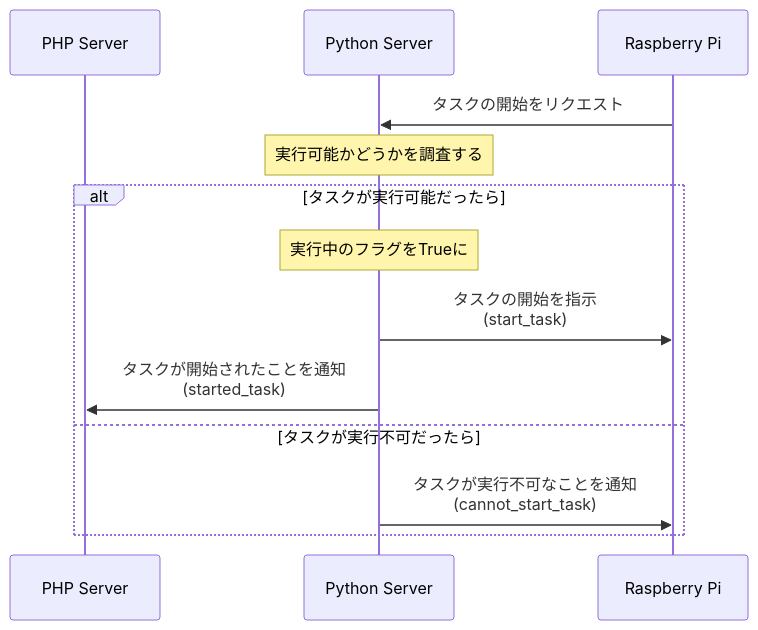
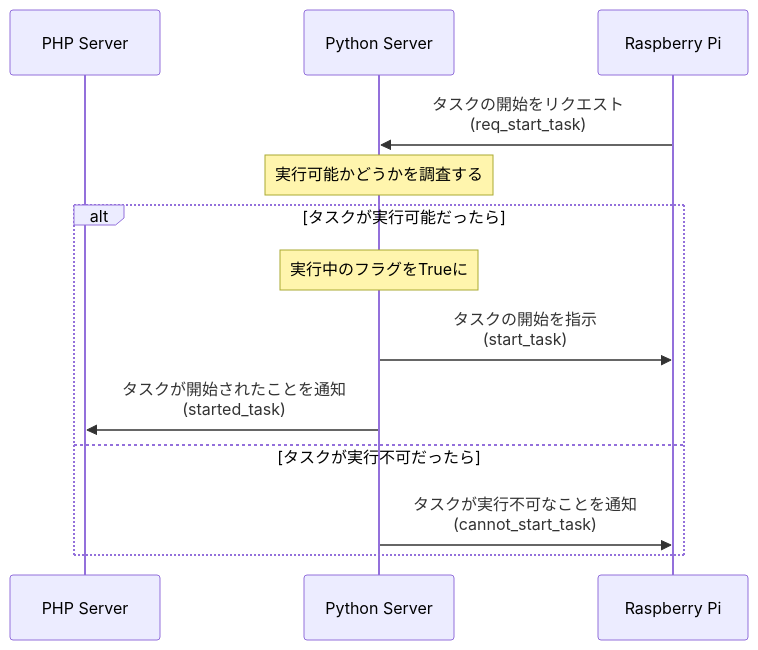
Before and after one commit to litech-team/li-learn-timer-docs: the third of 6 diagrams in sequence.md, drawn with Mermaid.

Commit message:
req_start_taskの書き忘れを修正

````diff
--- a/sequence.md
+++ b/sequence.md
@@ -46,16 +46,16 @@
 ```mermaid
 sequenceDiagram
     participant server as PHP Server
     participant python as Python Server
     participant client as Raspberry Pi
 
-    client ->> python: タスクの開始をリクエスト
+    client ->> python: タスクの開始をリクエスト<br>(req_start_task)
     Note over python: 実行可能かどうかを調査する
     alt タスクが実行可能だったら
         Note over python: 実行中のフラグをTrueに
         python ->> client: タスクの開始を指示<br>(start_task)
         python ->> server: タスクが開始されたことを通知<br>(started_task)
     else タスクが実行不可だったら
         python ->> client: タスクが実行不可なことを通知<br>(cannot_start_task)
     end
 ```
````
